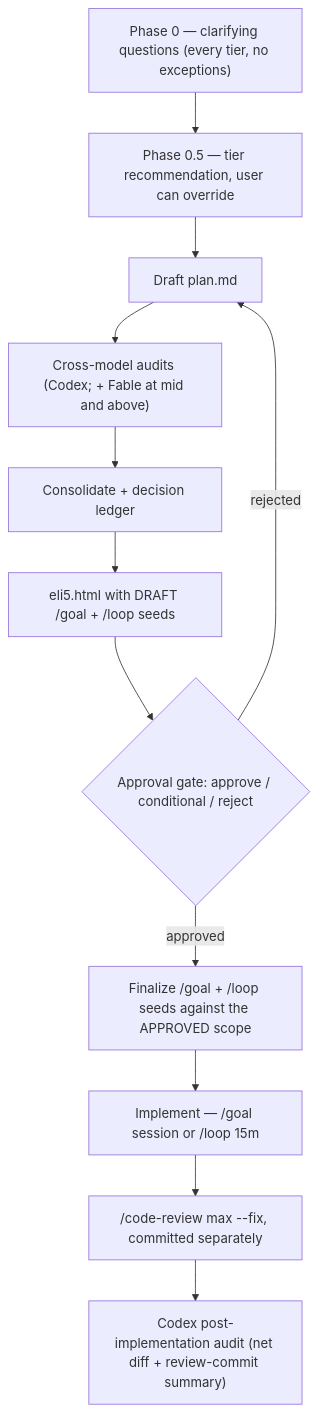
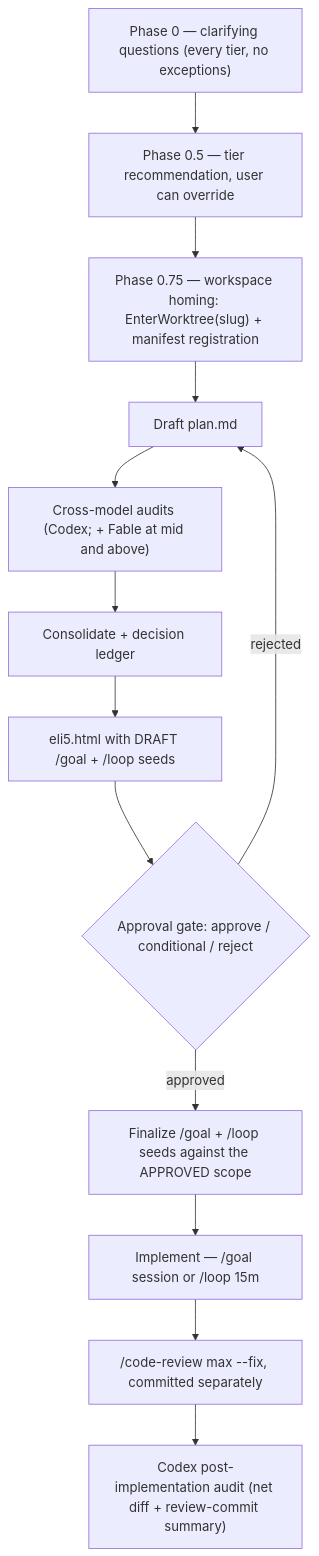
The diagram in skills/blueprint/README.md (alejoamiras/aa-skills), drawn with Mermaid before and after one commit. The commit also changed other lines of this file and 12 other files, not shown here.

````diff
--- a/skills/blueprint/README.md
+++ b/skills/blueprint/README.md
@@ -19,14 +19,15 @@
 ```mermaid
 flowchart TD
     Q["Phase 0 — clarifying questions (every tier, no exceptions)"] --> R["Phase 0.5 — tier recommendation, user can override"]
-    R --> D["Draft plan.md"]
+    R --> W["Phase 0.75 — workspace homing: EnterWorktree(slug) + manifest registration"]
+    W --> D["Draft plan.md"]
     D --> A["Cross-model audits (Codex; + Fable at mid and above)"]
     A --> C["Consolidate + decision ledger"]
     C --> E["eli5.html with DRAFT /goal + /loop seeds"]
     E --> G{"Approval gate: approve / conditional / reject"}
     G -- "rejected" --> D
     G -- "approved" --> S["Finalize /goal + /loop seeds against the APPROVED scope"]
     S --> I["Implement — /goal session or /loop 15m"]
     I --> V["/code-review max --fix, committed separately"]
     V --> P["Codex post-implementation audit (net diff + review-commit summary)"]
 ```
````
